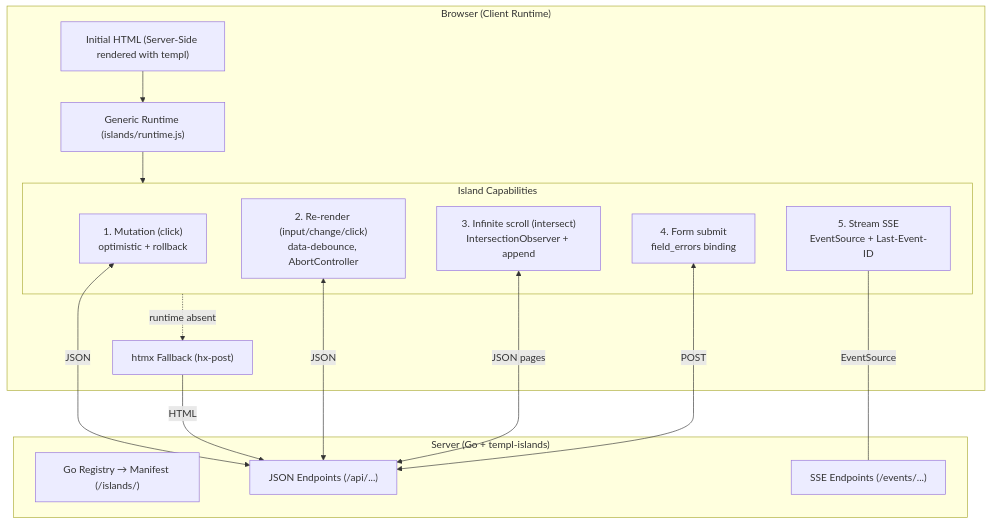
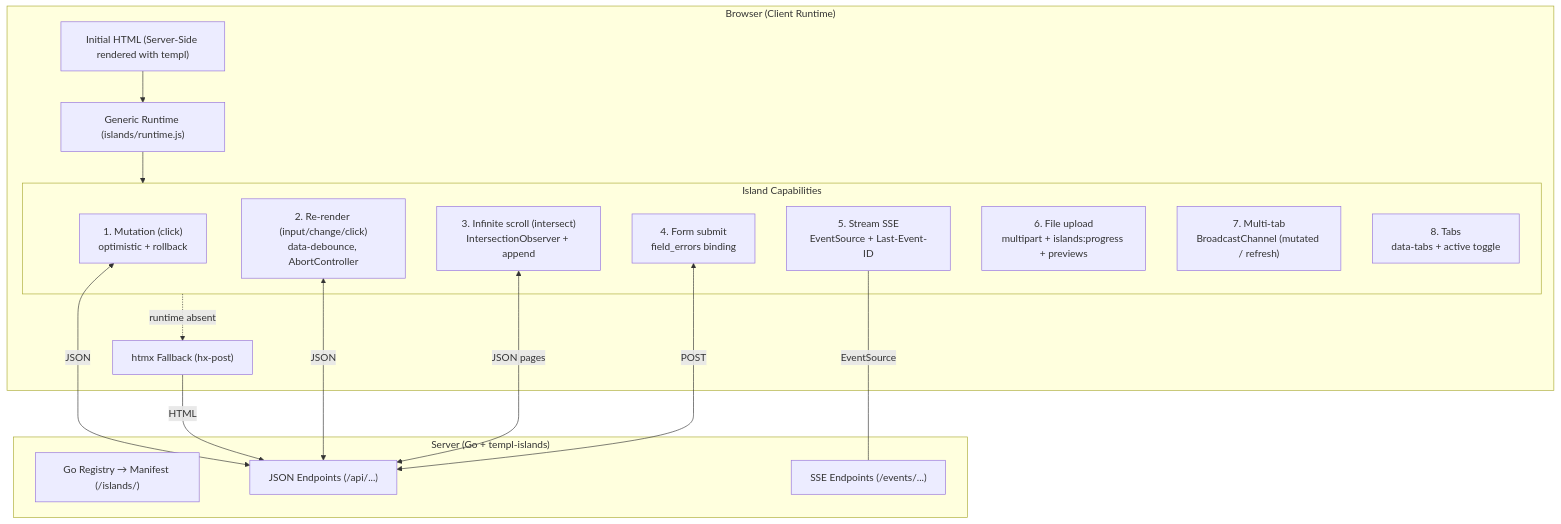
Before and after one commit to SalvucciFacundo/templ-islands: the diagram in docs/architecture.md, drawn with Mermaid. The commit also changed other lines of this file and 2 other files, not shown here.

First line of the commit message:
docs: reflect the full capability set in README, usage and architecture

````diff
--- a/docs/architecture.md
+++ b/docs/architecture.md
@@ -7,29 +7,32 @@
 ```mermaid
 flowchart TD
     subgraph Client ["Browser (Client Runtime)"]
         SSR["Initial HTML (Server-Side rendered with templ)"]
         Runtime["Generic Runtime (islands/runtime.js)"]
         subgraph Caps ["Island Capabilities"]
             M["1. Mutation (click)<br/>optimistic + rollback"]
             R["2. Re-render (input/change/click)<br/>data-debounce, AbortController"]
             I["3. Infinite scroll (intersect)<br/>IntersectionObserver + append"]
             F["4. Form submit<br/>field_errors binding"]
             S["5. Stream SSE<br/>EventSource + Last-Event-ID"]
+            U["6. File upload<br/>multipart + islands:progress + previews"]
+            T["7. Multi-tab<br/>BroadcastChannel (mutated / refresh)"]
+            P["8. Tabs<br/>data-tabs + active toggle"]
         end
         HTMX["htmx Fallback (hx-post)"]
     end
     subgraph Server ["Server (Go + templ-islands)"]
         Registry["Go Registry → Manifest (/islands/)"]
         JSON["JSON Endpoints (/api/...)"]
         SSE["SSE Endpoints (/events/...)"]
     end
     SSR --> Runtime
     Runtime --> Caps
     M <-->|JSON| JSON
     R <-->|JSON| JSON
     I <-->|JSON pages| JSON
     F <-->|POST| JSON
     S <---|EventSource| SSE
     Caps -. runtime absent .-> HTMX
     HTMX -->|HTML| JSON
 ```
````
